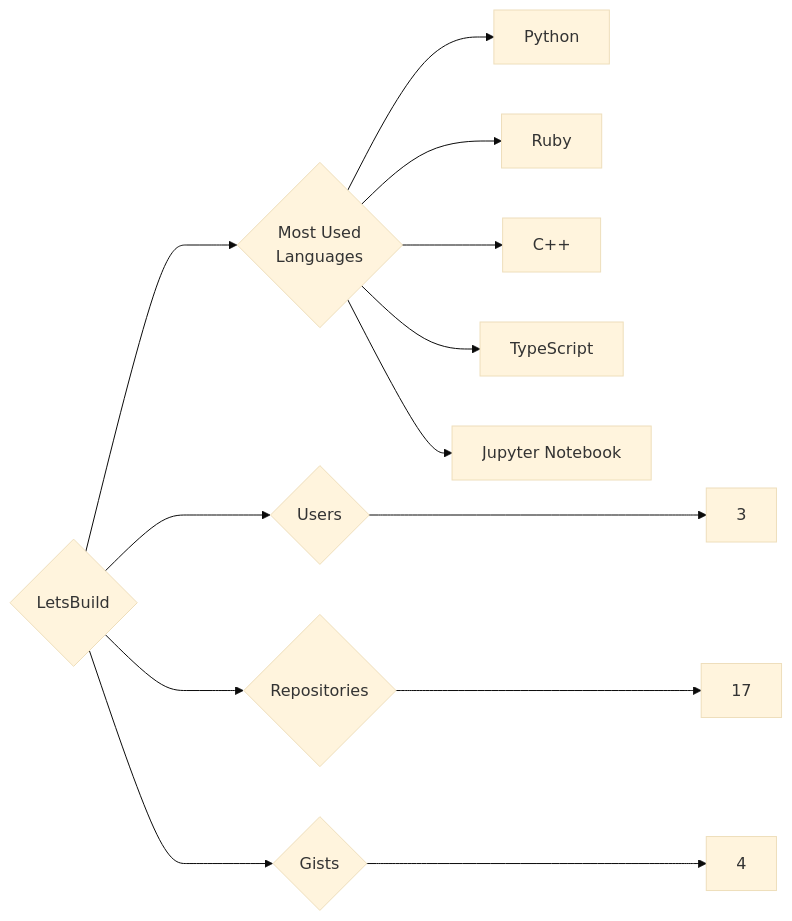
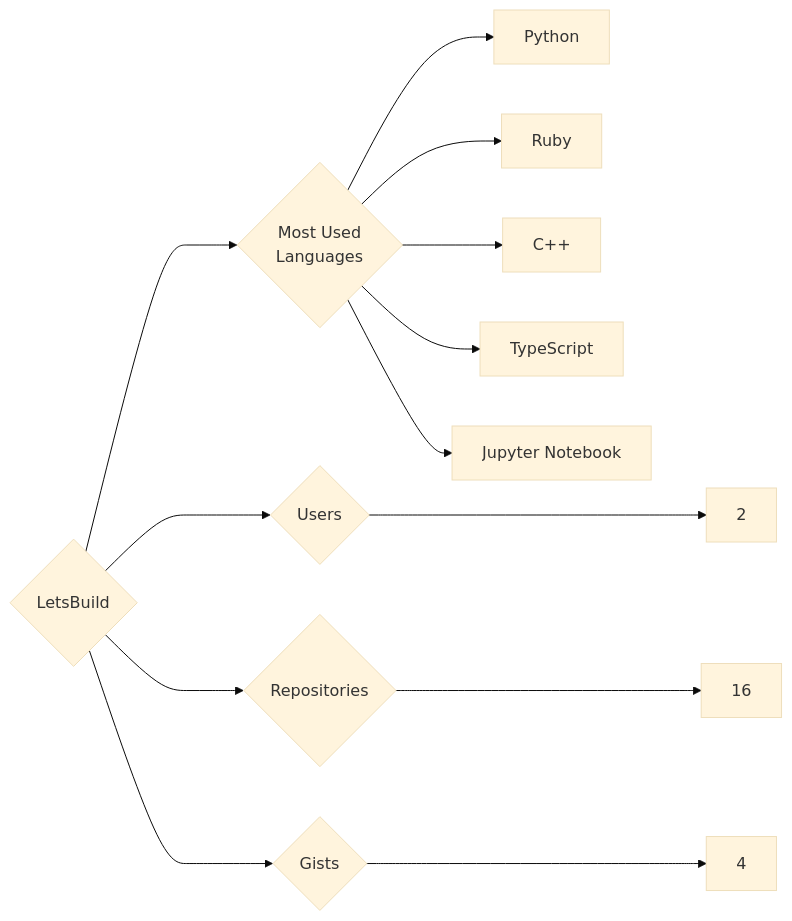
One commit to trickest/insiders changed the diagram in targets/LetsBuild/README.md. Above: the diagram before and after it, drawn with Mermaid (base theme). The commit also changed 870 other files, not shown here.

````diff
--- a/targets/LetsBuild/README.md
+++ b/targets/LetsBuild/README.md
@@ -3,13 +3,13 @@
 ```mermaid
 graph LR
 COMPANY_NAME{LetsBuild}
-COMPANY_NAME ---> U{Users} ---> UN[3]
-COMPANY_NAME ---> R{Repositories} ---> RN[17]
+COMPANY_NAME ---> U{Users} ---> UN[2]
+COMPANY_NAME ---> R{Repositories} ---> RN[16]
 COMPANY_NAME ---> G{Gists} ---> GN[4]
 COMPANY_NAME ---> ML{Most Used<br>Languages}
 ML --> Python[Python]
 ML --> Ruby[Ruby]
 ML --> C++[C++]
 ML --> TypeScript[TypeScript]
 ML --> Jupyter_Notebook[Jupyter Notebook]
 ```
````
